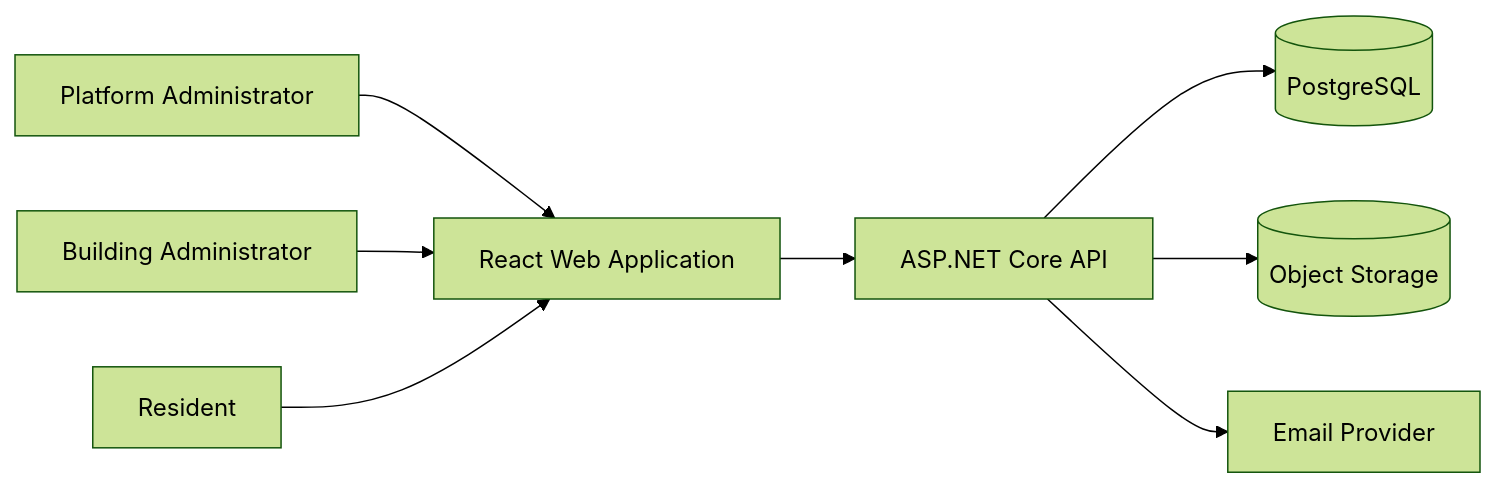
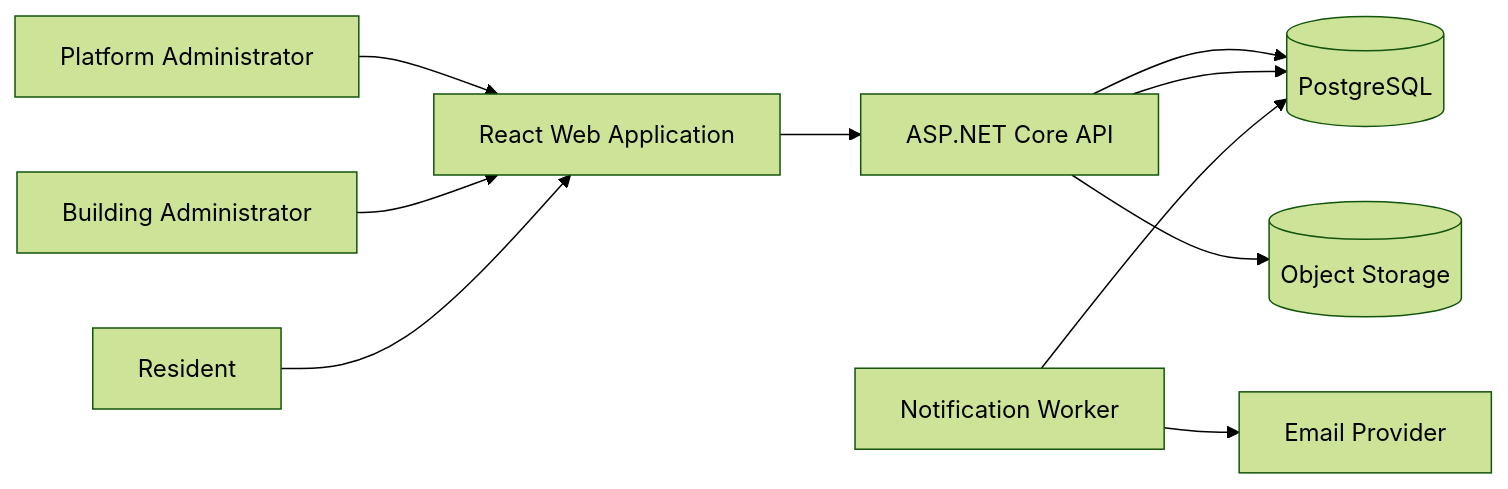
The first of 2 diagrams in docs/mvp1/architecture.md (soheilamiri/BlueSky), drawn with Mermaid (forest theme) before and after one commit. The commit also changed other lines of this file, not shown here.

Commit message:
docs: align MVP1 architecture with approved notification workflow

```diff
--- a/docs/mvp1/architecture.md
+++ b/docs/mvp1/architecture.md
@@ -41,21 +41,23 @@
 ~~~mermaid
 flowchart LR
     PA[Platform Administrator]
     BA[Building Administrator]
     R[Resident]
 
     WEB[React Web Application]
     API[ASP.NET Core API]
     DB[(PostgreSQL)]
     FILES[(Object Storage)]
     EMAIL[Email Provider]
 
     PA --> WEB
     BA --> WEB
     R --> WEB
 
     WEB --> API
     API --> DB
     API --> FILES
-    API --> EMAIL
+    API --> DB
+    WORKER[Notification Worker] --> DB
+    WORKER --> EMAIL
 ~~~
```
